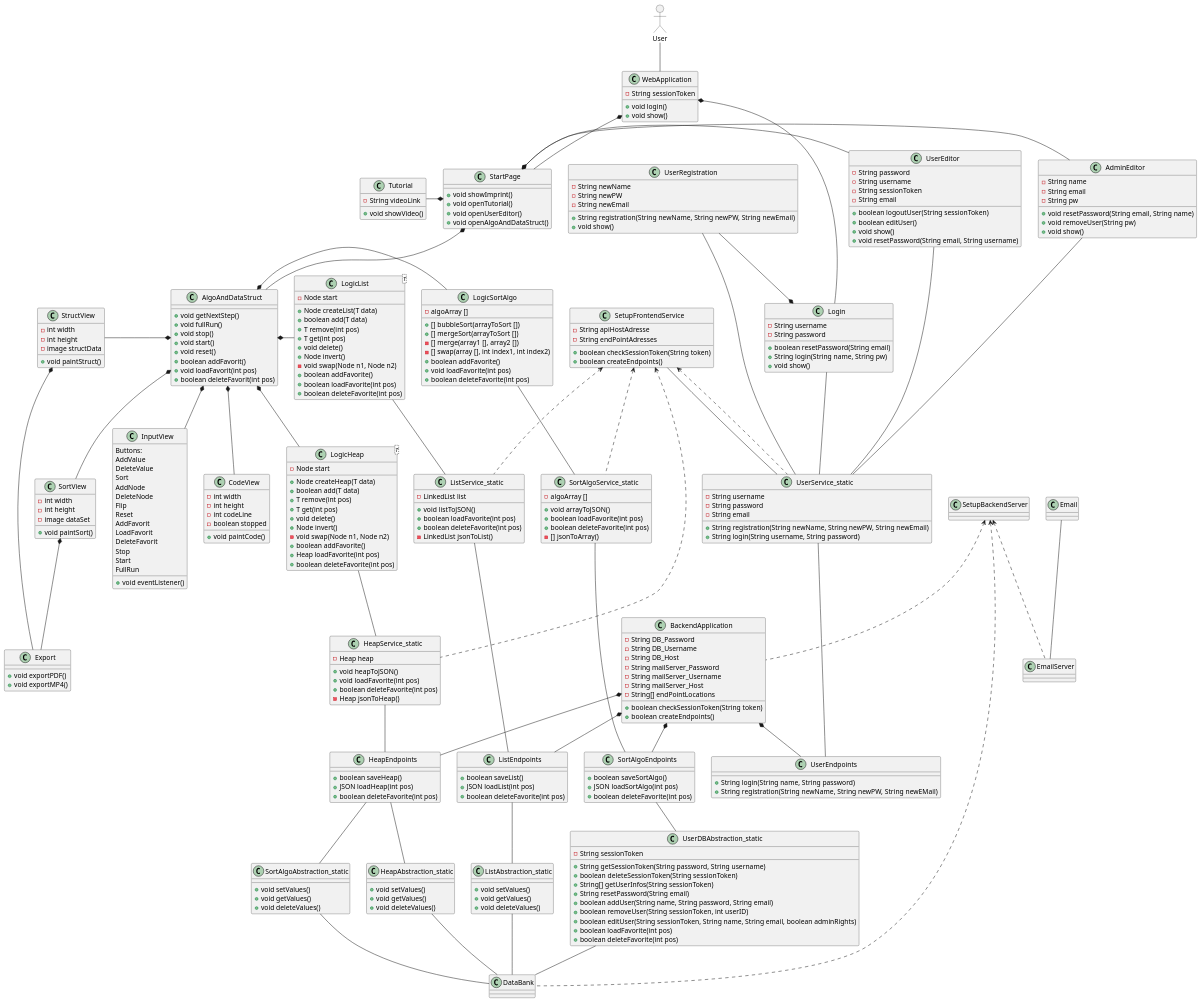
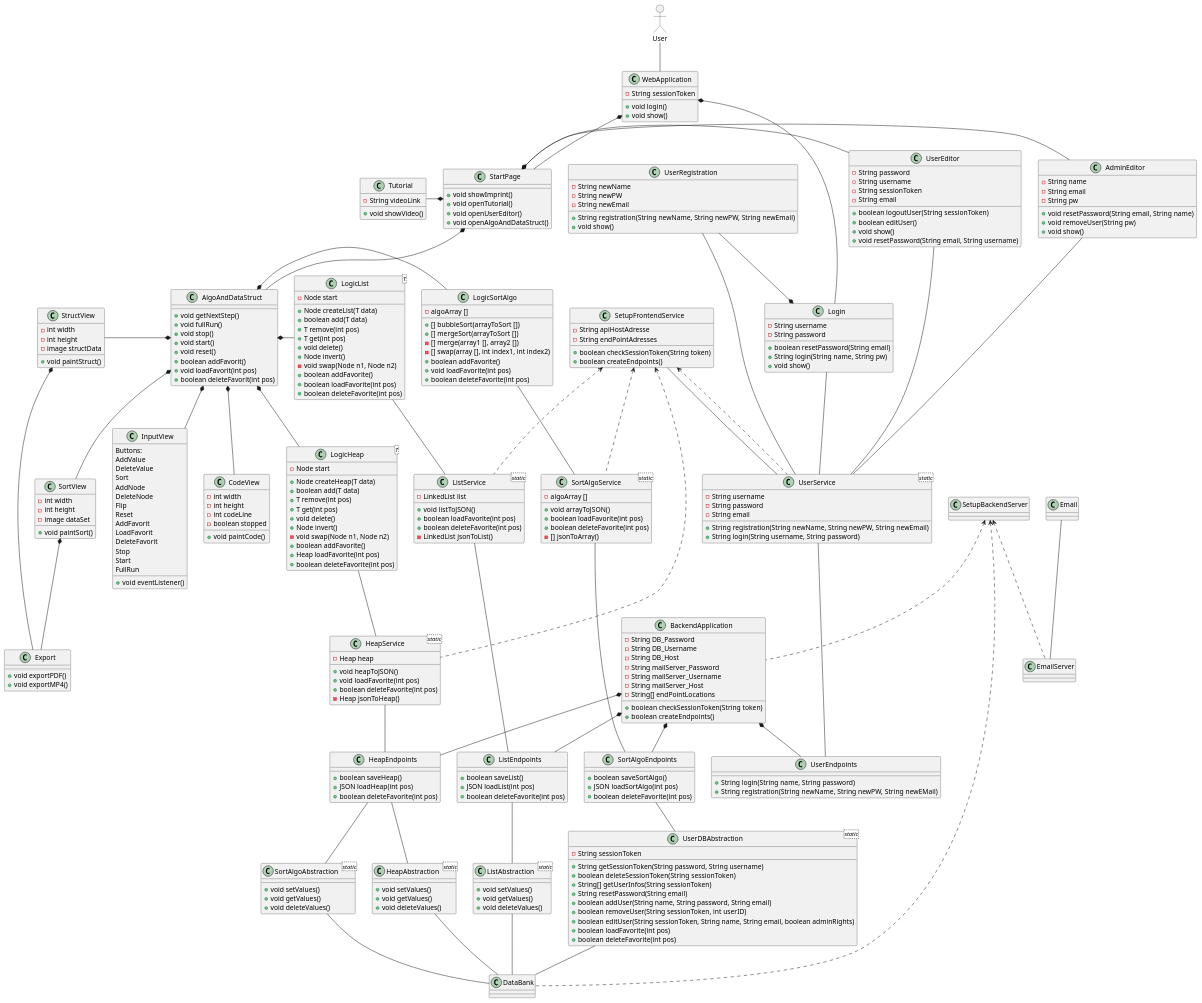
One commit to schmidti2002/Softwarepraktikum changed the diagram in Meilensteine/Meilenstein_03/Visual.puml. Above: the diagram before and after it, drawn with PlantUML.

```diff
--- a/Meilensteine/Meilenstein_03/Visual.puml
+++ b/Meilensteine/Meilenstein_03/Visual.puml
@@ -125,7 +125,7 @@
   +void exportMP4()
 }
 
-class UserService_static {
+class UserService <static> {
   -String username
   -String password
   -String email
@@ -177,7 +177,7 @@
 }
 
 
-class SortAlgoService_static {
+class SortAlgoService <static> {
   -algoArray []
 
   +void arrayToJSON()
@@ -186,7 +186,7 @@
   -[] jsonToArray()
 }
 
-class HeapService_static {
+class HeapService <static> {
   -Heap heap
 
   +void heapToJSON()
@@ -195,7 +195,7 @@
   -Heap jsonToHeap()
 }
 
-class ListService_static {
+class ListService <static> {
   -LinkedList list
 
   +void listToJSON()
@@ -254,7 +254,7 @@
   +boolean deleteFavorite(int pos)
 }
 
-class UserDBAbstraction_static {
+class UserDBAbstraction <static> {
   -String sessionToken
 
   +String getSessionToken(String password, String username)
@@ -269,7 +269,7 @@
 
 }
 
-class SortAlgoAbstraction_static {
+class SortAlgoAbstraction <static> {
 
   +void setValues()
   +void getValues()
@@ -277,14 +277,14 @@
 }
 
 
-class HeapAbstraction_static {
+class HeapAbstraction <static> {
 
   +void setValues()
   +void getValues()
   +void deleteValues()
 }
 
-class ListAbstraction_static {
+class ListAbstraction <static> {
 
   +void setValues()
   +void getValues()
@@ -304,11 +304,11 @@
 StartPage *-right- UserEditor
 
 UserRegistration --* Login
-Login -- UserService_static
-AdminEditor -- UserService_static
-UserEditor -- UserService_static
-UserRegistration -- UserService_static
-SetupFrontendService -- UserService_static
+Login -- UserService
+AdminEditor -- UserService
+UserEditor -- UserService
+UserRegistration -- UserService
+SetupFrontendService -- UserService
 
 AlgoAndDataStruct *-down-  CodeView
 AlgoAndDataStruct *-down-  SortView
@@ -324,34 +324,34 @@
 AlgoAndDataStruct *-- LogicHeap
 AlgoAndDataStruct *-right- LogicList
 
-LogicSortAlgo -- SortAlgoService_static
-LogicHeap -- HeapService_static
-LogicList -- ListService_static
+LogicSortAlgo -- SortAlgoService
+LogicHeap -- HeapService
+LogicList -- ListService
 
-SetupFrontendService <.. SortAlgoService_static
-SetupFrontendService <.. HeapService_static
-SetupFrontendService <.. ListService_static
-SetupFrontendService <.. UserService_static
+SetupFrontendService <.. SortAlgoService
+SetupFrontendService <.. HeapService
+SetupFrontendService <.. ListService
+SetupFrontendService <.. UserService
 
-SortAlgoService_static -- SortAlgoEndpoints
-HeapService_static -- HeapEndpoints
-ListService_static -- ListEndpoints
-UserService_static -- UserEndpoints
+SortAlgoService -- SortAlgoEndpoints
+HeapService -- HeapEndpoints
+ListService -- ListEndpoints
+UserService -- UserEndpoints
 
 BackendApplication *-- SortAlgoEndpoints
 BackendApplication *-- HeapEndpoints
 BackendApplication *-- ListEndpoints
 BackendApplication *-- UserEndpoints
 
-HeapEndpoints -- SortAlgoAbstraction_static
-HeapEndpoints -- HeapAbstraction_static
-ListEndpoints -- ListAbstraction_static
-SortAlgoEndpoints -- UserDBAbstraction_static
+HeapEndpoints -- SortAlgoAbstraction
+HeapEndpoints -- HeapAbstraction
+ListEndpoints -- ListAbstraction
+SortAlgoEndpoints -- UserDBAbstraction
 
-SortAlgoAbstraction_static -- DataBank
-HeapAbstraction_static -- DataBank
-ListAbstraction_static -- DataBank
-UserDBAbstraction_static -- DataBank
+SortAlgoAbstraction -- DataBank
+HeapAbstraction -- DataBank
+ListAbstraction -- DataBank
+UserDBAbstraction -- DataBank
 
 Email -- EmailServer
 
```
